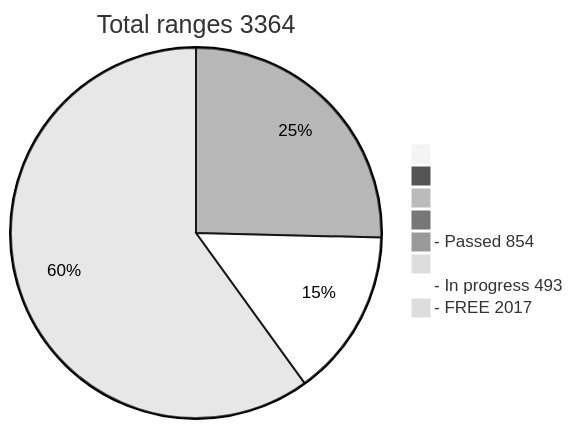
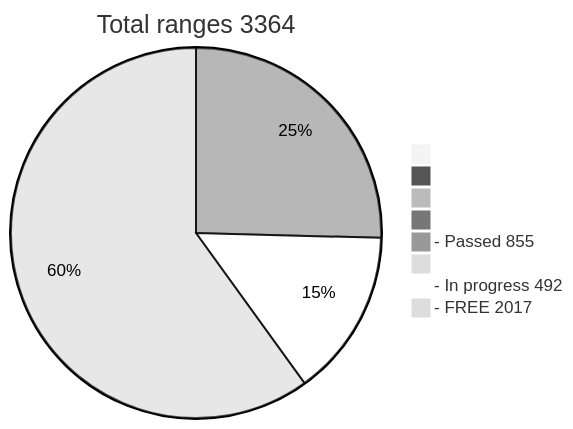
The diagram in README.md (phrutis/wif500), drawn with Mermaid (neutral theme) before and after one commit.

````diff
--- a/README.md
+++ b/README.md
@@ -16,11 +16,11 @@
 ```mermaid
 pie title Total ranges 3364
              " " : 0
             "  " : 0
            "   " : 0
           "    " : 0
-  "- Passed 854" : 854
+  "- Passed 855" : 855
          "     " : 0
-  "- In progress 493" : 493
+  "- In progress 492" : 492
    "- FREE 2017" : 2017
 ```
````
